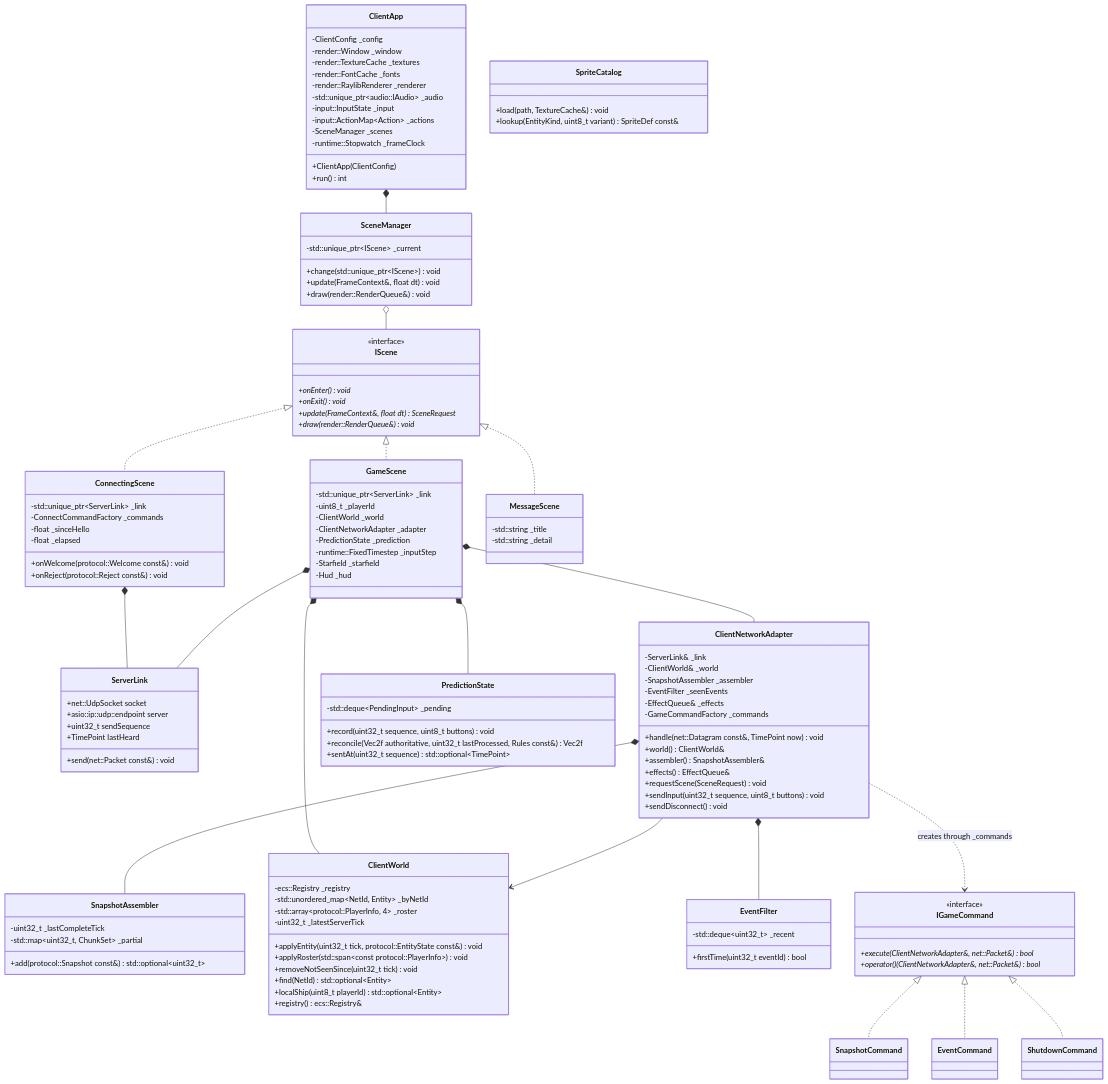
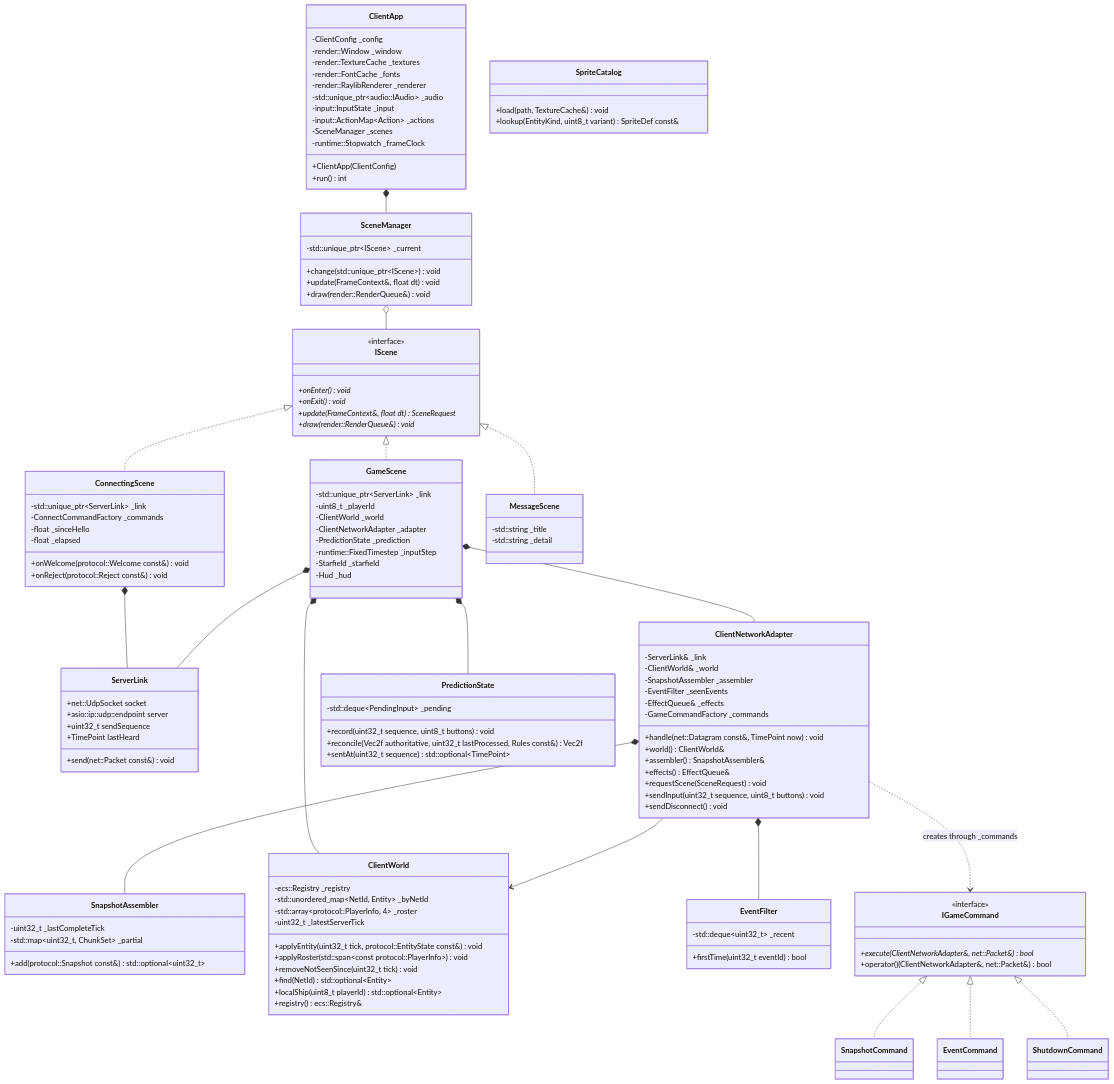
One commit to janumaruku/r-type changed the diagram in docs/modules/client.md. Above: the diagram before and after it, drawn with Mermaid. The commit also changed 5 other files, not shown here.

```diff
--- a/docs/modules/client.md
+++ b/docs/modules/client.md
@@ -141,7 +141,7 @@
     class IGameCommand {
         <<interface>>
         +execute(ClientNetworkAdapter&, net::Packet&)* bool
-        +operator()(ClientNetworkAdapter&, net::Packet&)* bool
+        +operator()(ClientNetworkAdapter&, net::Packet&) bool
     }
     class SnapshotCommand
     class EventCommand
```
